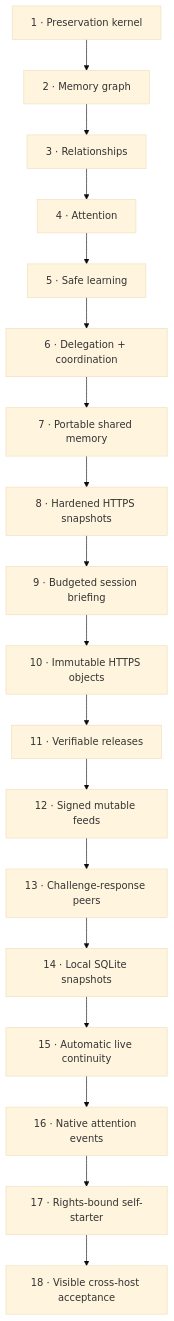
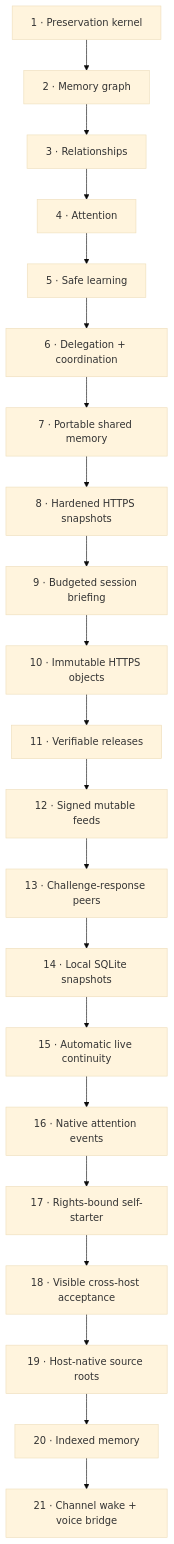
The diagram in docs/roadmap.md (Maykbiletti/AgentSpine), drawn with Mermaid (base theme) before and after one commit. The commit also changed other lines of this file and 50 other files, not shown here.

````diff
--- a/docs/roadmap.md
+++ b/docs/roadmap.md
@@ -5,20 +5,23 @@
 ```mermaid
 flowchart TB
     A["1 · Preservation kernel"] --> B["2 · Memory graph"]
     B --> C["3 · Relationships"]
     C --> D["4 · Attention"]
     D --> E["5 · Safe learning"]
     E --> F["6 · Delegation + coordination"]
     F --> G["7 · Portable shared memory"]
     G --> H["8 · Hardened HTTPS snapshots"]
     H --> I["9 · Budgeted session briefing"]
     I --> J["10 · Immutable HTTPS objects"]
     J --> K["11 · Verifiable releases"]
     K --> L["12 · Signed mutable feeds"]
     L --> M["13 · Challenge-response peers"]
     M --> N["14 · Local SQLite snapshots"]
     N --> O["15 · Automatic live continuity"]
     O --> P["16 · Native attention events"]
     P --> Q["17 · Rights-bound self-starter"]
     Q --> R["18 · Visible cross-host acceptance"]
+    R --> S["19 · Host-native source roots"]
+    S --> T["20 · Indexed memory"]
+    T --> U["21 · Channel wake + voice bridge"]
 ```
````
